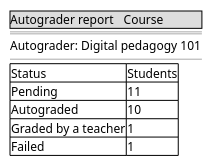
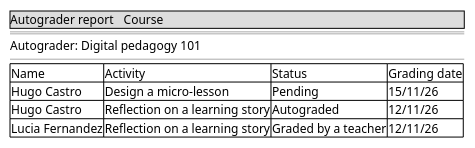
The diagram in docs/en/technical/requirements/use-cases/reconsiderDecision/wireframes.puml (didactika/moodle-local_autograder), drawn with PlantUML before and after one commit. The commit also changed 5 other files, not shown here.

Commit message:
docs: the report shows no counts of students by status

```diff
--- a/docs/en/technical/requirements/use-cases/reconsiderDecision/wireframes.puml
+++ b/docs/en/technical/requirements/use-cases/reconsiderDecision/wireframes.puml
@@ -1,15 +1,14 @@
 @startsalt
 {
   {* Autograder report | Course }
   ==
   Autograder: Digital pedagogy 101
   --
   {#
-    Status | Students
-    Pending | 11
-    Autograded | 10
-    Graded by a teacher | 1
-    Failed | 1
+    Name | Activity | Status | Grading date
+    Hugo Castro | Design a micro-lesson | Pending | 15/11/26
+    Hugo Castro | Reflection on a learning story | Autograded | 12/11/26
+    Lucia Fernandez | Reflection on a learning story | Graded by a teacher | 12/11/26
   }
 }
 @endsalt
```
